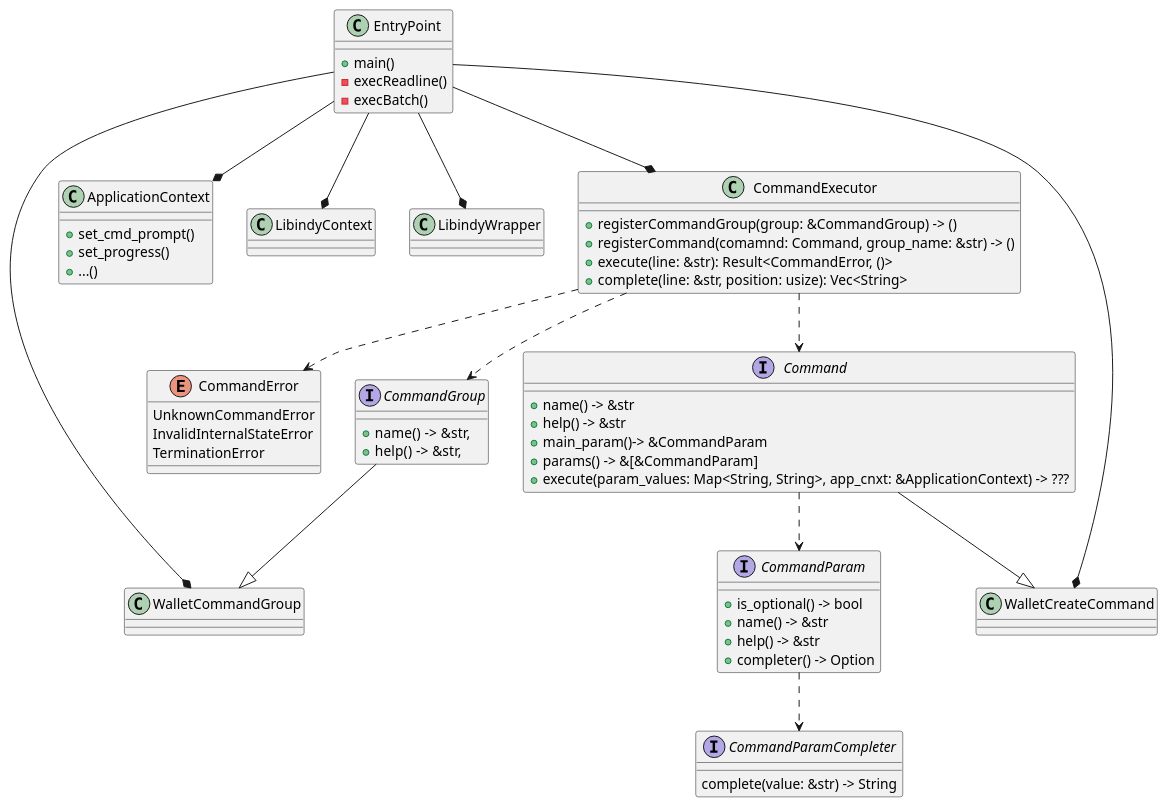
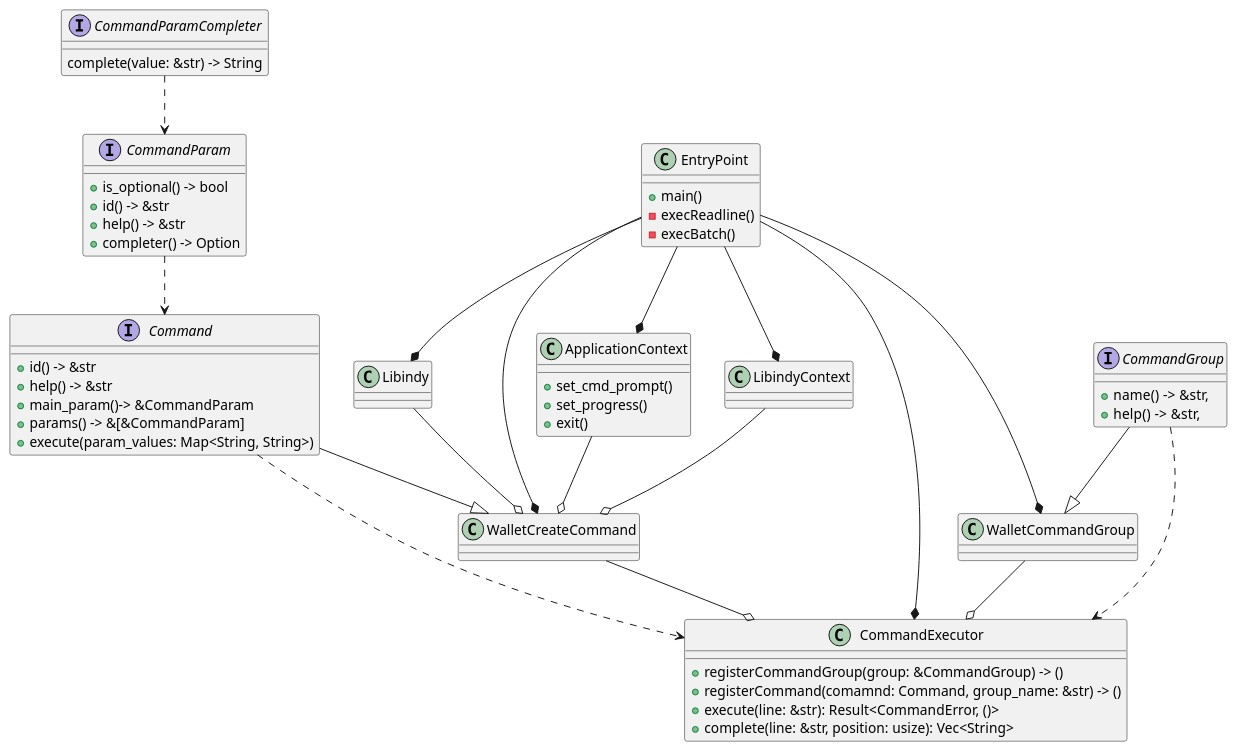
The diagram in cli/src/docs/components.wsd (hyperledger-archives/indy-sdk), drawn with PlantUML before and after one commit.

Commit message:
* Components diagram was updated

```diff
--- a/cli/src/docs/components.wsd
+++ b/cli/src/docs/components.wsd
@@ -1,79 +1,71 @@
 @startuml CLI components
 
 interface CommandParamCompleter {
     complete(value: &str) -> String
 }
 
 interface CommandParam {
     +is_optional() -> bool
-    +name() -> &str
+    +id() -> &str
     +help() -> &str
     +completer() -> Option<&Completer>
 }
-
-CommandParam ..> CommandParamCompleter
+CommandParamCompleter ..> CommandParam
 
 interface Command {
-    +name() -> &str
+    +id() -> &str
     +help() -> &str
     +main_param()-> &CommandParam
     +params() -> &[&CommandParam]
-    +execute(param_values: Map<String, String>, app_cnxt: &ApplicationContext) -> ???
+    +execute(param_values: Map<String, String>)
 }
-
-Command ..> CommandParam
-
-interface CommandGroup {
-    +name() -> &str,
-    +help() -> &str,    
-}
-
-enum CommandError {
-    UnknownCommandError
-    InvalidInternalStateError
-    TerminationError
-}
-
-CommandExecutor ..> Command
-CommandExecutor ..> CommandGroup
-CommandExecutor ..> CommandError
+CommandParam ..> Command
 
 class EntryPoint {
     +main()
     -execReadline()
     -execBatch()
 }
 
 class ApplicationContext {
     +set_cmd_prompt()
     +set_progress()
-    +...()
+    +exit()
+}
+EntryPoint --* ApplicationContext
+
+class LibindyContext
+EntryPoint --* LibindyContext
+
+class Libindy
+EntryPoint --* Libindy
+
+class WalletCreateCommand
+Command --|> WalletCreateCommand
+EntryPoint --* WalletCreateCommand
+ApplicationContext --o WalletCreateCommand
+LibindyContext --o WalletCreateCommand
+Libindy --o WalletCreateCommand
+
+interface CommandGroup {
+    +name() -> &str,
+    +help() -> &str,
 }
 
-EntryPoint --* ApplicationContext
+class WalletCommandGroup
+CommandGroup --|> WalletCommandGroup
+EntryPoint --* WalletCommandGroup
 
 class CommandExecutor {
     +registerCommandGroup(group: &CommandGroup) -> ()
     +registerCommand(comamnd: Command, group_name: &str) -> ()
     +execute(line: &str): Result<CommandError, ()>
-    +complete(line: &str, position: usize): Vec<String>        
+    +complete(line: &str, position: usize): Vec<String>
 }
-
 EntryPoint --* CommandExecutor
-
-class LibindyContext
-EntryPoint --* LibindyContext
-
-class LibindyWrapper
-EntryPoint --* LibindyWrapper
-
-class WalletCommandGroup
-CommandGroup --|> WalletCommandGroup
-EntryPoint --* WalletCommandGroup
-
-class WalletCreateCommand 
-Command --|> WalletCreateCommand
-EntryPoint --* WalletCreateCommand
-
+Command ..> CommandExecutor
+CommandGroup ..> CommandExecutor
+WalletCreateCommand --o CommandExecutor
+WalletCommandGroup --o CommandExecutor
 
 @enduml
```
